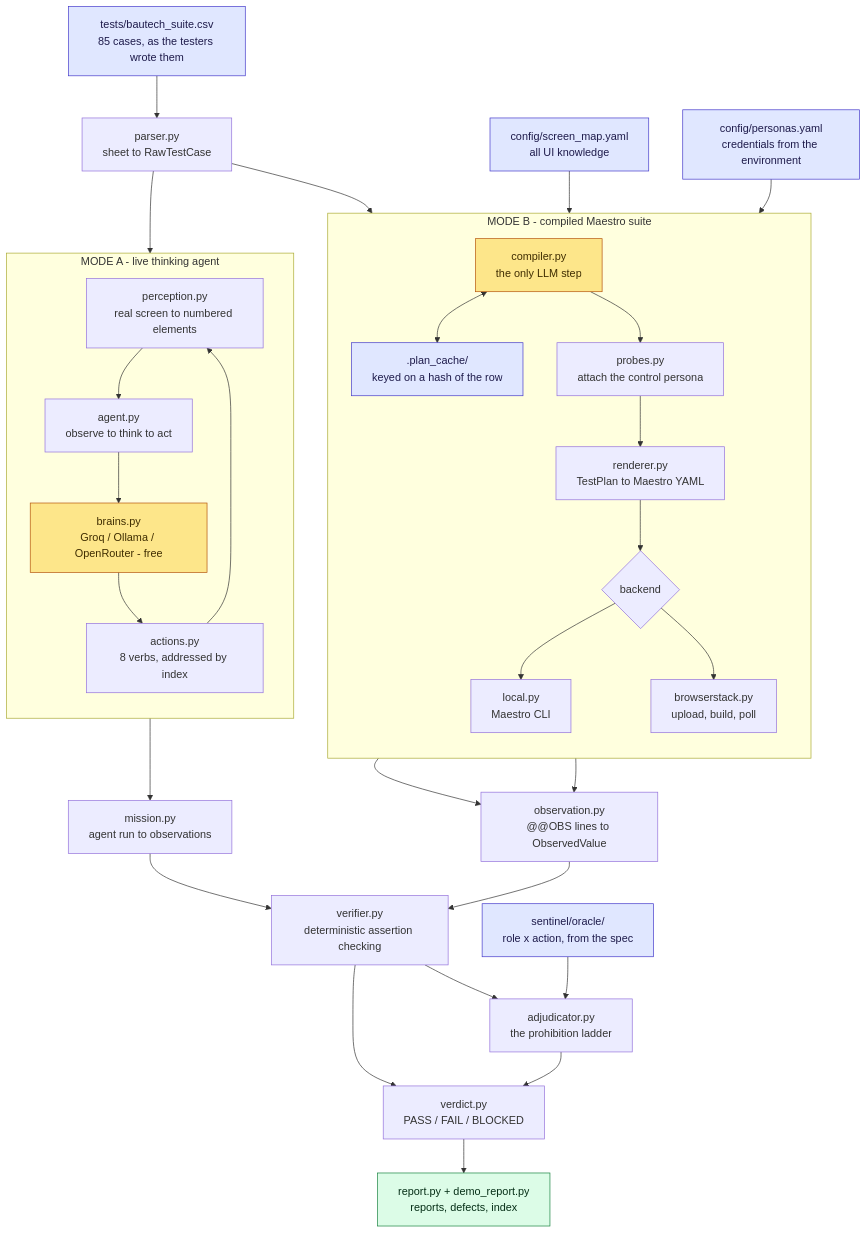
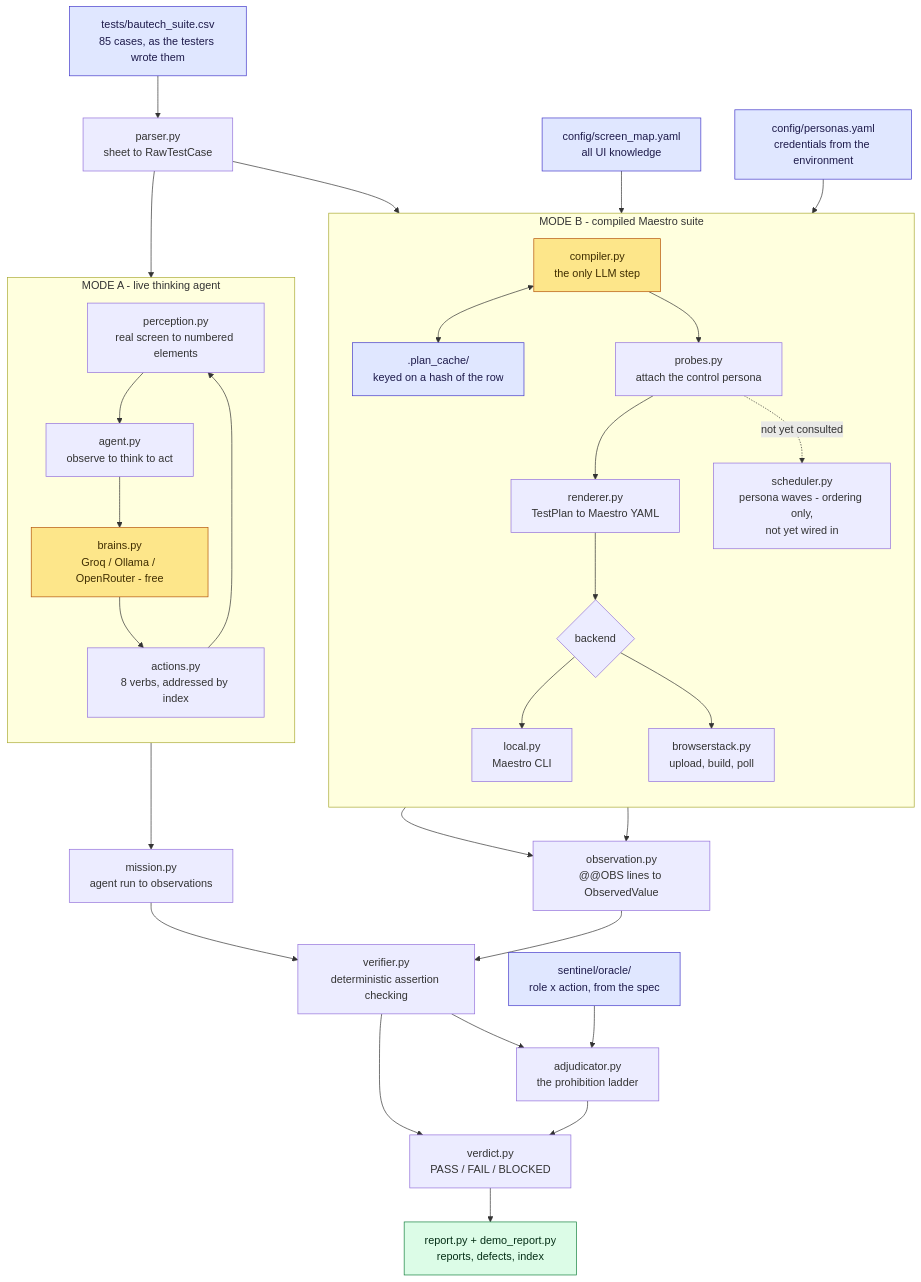
The diagram in README.md (naveen-astra/Bautech-TestA), drawn with Mermaid before and after one commit. The commit also changed other lines of this file, not shown here.

````diff
--- a/README.md
+++ b/README.md
@@ -355,58 +631,60 @@
 ```mermaid
 flowchart TD
     SHEET["tests/bautech_suite.csv<br/>85 cases, as the testers wrote them"]
     PARSE["parser.py<br/>sheet to RawTestCase"]
 
     subgraph A ["MODE A - live thinking agent"]
         direction TB
         PERC["perception.py<br/>real screen to numbered elements"]
         LOOP["agent.py<br/>observe to think to act"]
         BRAIN["brains.py<br/>Groq / Ollama / OpenRouter - free"]
         ACT["actions.py<br/>8 verbs, addressed by index"]
         PERC --> LOOP --> BRAIN --> ACT --> PERC
     end
 
     subgraph B ["MODE B - compiled Maestro suite"]
         direction TB
         COMPILE["compiler.py<br/>the only LLM step"]
         CACHE[".plan_cache/<br/>keyed on a hash of the row"]
         PROBE["probes.py<br/>attach the control persona"]
+        SCHED["scheduler.py<br/>persona waves - ordering only,<br/>not yet wired in"]
         RENDER["renderer.py<br/>TestPlan to Maestro YAML"]
         BACKEND{"backend"}
         LOCAL["local.py<br/>Maestro CLI"]
         BSTACK["browserstack.py<br/>upload, build, poll"]
         COMPILE <--> CACHE
         COMPILE --> PROBE --> RENDER --> BACKEND
+        PROBE -.->|"not yet consulted"| SCHED
         BACKEND --> LOCAL
         BACKEND --> BSTACK
     end
 
     MAP["config/screen_map.yaml<br/>all UI knowledge"]
     PERS["config/personas.yaml<br/>credentials from the environment"]
     MISSION["mission.py<br/>agent run to observations"]
     OBS["observation.py<br/>@@OBS lines to ObservedValue"]
     VERIFY["verifier.py<br/>deterministic assertion checking"]
     ADJ["adjudicator.py<br/>the prohibition ladder"]
     ORACLE["sentinel/oracle/<br/>role x action, from the spec"]
     VERDICT["verdict.py<br/>PASS / FAIL / BLOCKED"]
     REPORT["report.py + demo_report.py<br/>reports, defects, index"]
 
     SHEET --> PARSE
     PARSE --> LOOP
     PARSE --> COMPILE
     MAP --> RENDER
     PERS --> RENDER
     LOOP --> MISSION --> VERIFY
     LOCAL --> OBS
     BSTACK --> OBS
     OBS --> VERIFY --> VERDICT --> REPORT
     VERIFY --> ADJ --> VERDICT
     ORACLE --> ADJ
 
     classDef llm fill:#fde68a,stroke:#b45309,color:#3f2d00
     classDef data fill:#e0e7ff,stroke:#4338ca,color:#1e1b4b
     classDef out fill:#dcfce7,stroke:#15803d,color:#052e16
     class COMPILE,BRAIN llm
     class SHEET,MAP,PERS,ORACLE,CACHE data
     class REPORT out
 ```
````
